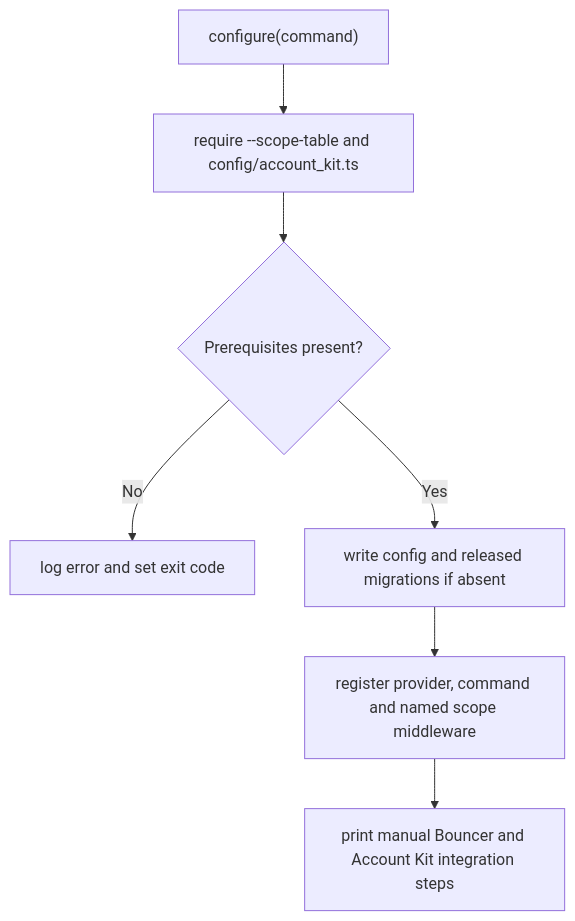
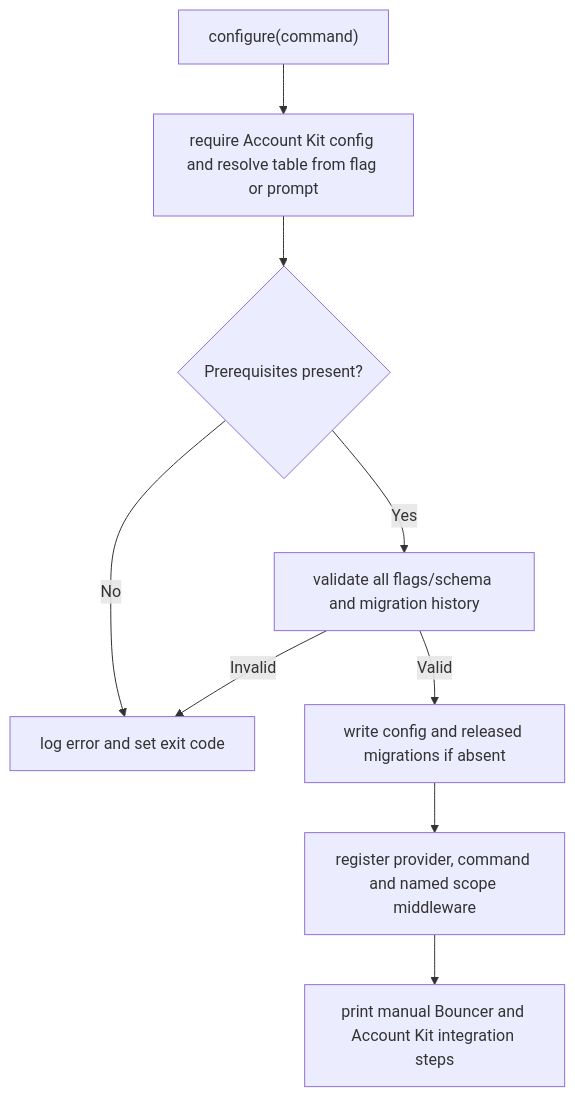
Before and after one commit to Kevinjohn/oss-adonisjs-access-control: the second of 2 diagrams in user-stories/US-ACCESS-14-configure-access-control.md, drawn with Mermaid. The commit also changed other lines of this file and 31 other files, not shown here.

````diff
--- a/user-stories/US-ACCESS-14-configure-access-control.md
+++ b/user-stories/US-ACCESS-14-configure-access-control.md
@@ -32,9 +32,11 @@
 ```mermaid
 flowchart TD
-    A["configure(command)"] --> B["require --scope-table and config/account_kit.ts"]
+    A["configure(command)"] --> B["require Account Kit config and resolve table from flag or prompt"]
     B --> C{"Prerequisites present?"}
     C -->|No| D["log error and set exit code"]
-    C -->|Yes| E["write config and released migrations if absent"]
+    C -->|Yes| H["validate all flags/schema and migration history"]
+    H -->|Invalid| D
+    H -->|Valid| E["write config and released migrations if absent"]
     E --> F["register provider, command and named scope middleware"]
     F --> G["print manual Bouncer and Account Kit integration steps"]
 ```
````
